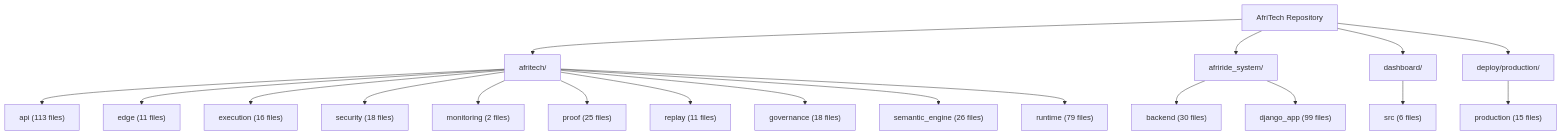
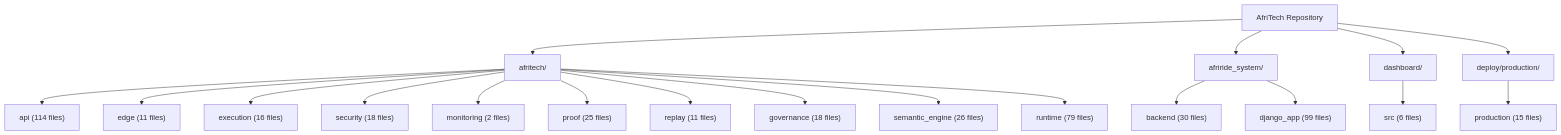
Before and after one commit to Strelly2023/afritelematics: the second of 2 diagrams in docs/architecture/AFRITECH_FULL_ARCHITECTURE_GRAPH.md, drawn with Mermaid. The commit also changed other lines of this file and 26 other files, not shown here.

````diff
--- a/docs/architecture/AFRITECH_FULL_ARCHITECTURE_GRAPH.md
+++ b/docs/architecture/AFRITECH_FULL_ARCHITECTURE_GRAPH.md
@@ -64,23 +64,23 @@
 ```mermaid
 flowchart TD
     Root["AfriTech Repository"] --> Core["afritech/"]
     Root --> Ride["afriride_system/"]
     Root --> Ui["dashboard/"]
     Root --> Deploy["deploy/production/"]
 
-    Core --> Api["api (113 files)"]
+    Core --> Api["api (114 files)"]
     Core --> Edge["edge (11 files)"]
     Core --> Execution["execution (16 files)"]
     Core --> Security["security (18 files)"]
     Core --> Monitoring["monitoring (2 files)"]
     Core --> Proof["proof (25 files)"]
     Core --> Replay["replay (11 files)"]
     Core --> Governance["governance (18 files)"]
     Core --> Semantic["semantic_engine (26 files)"]
     Core --> Runtime["runtime (79 files)"]
 
     Ride --> Backend["backend (30 files)"]
     Ride --> Django["django_app (99 files)"]
     Ui --> Dashboard["src (6 files)"]
     Deploy --> Production["production (15 files)"]
 ```
````
